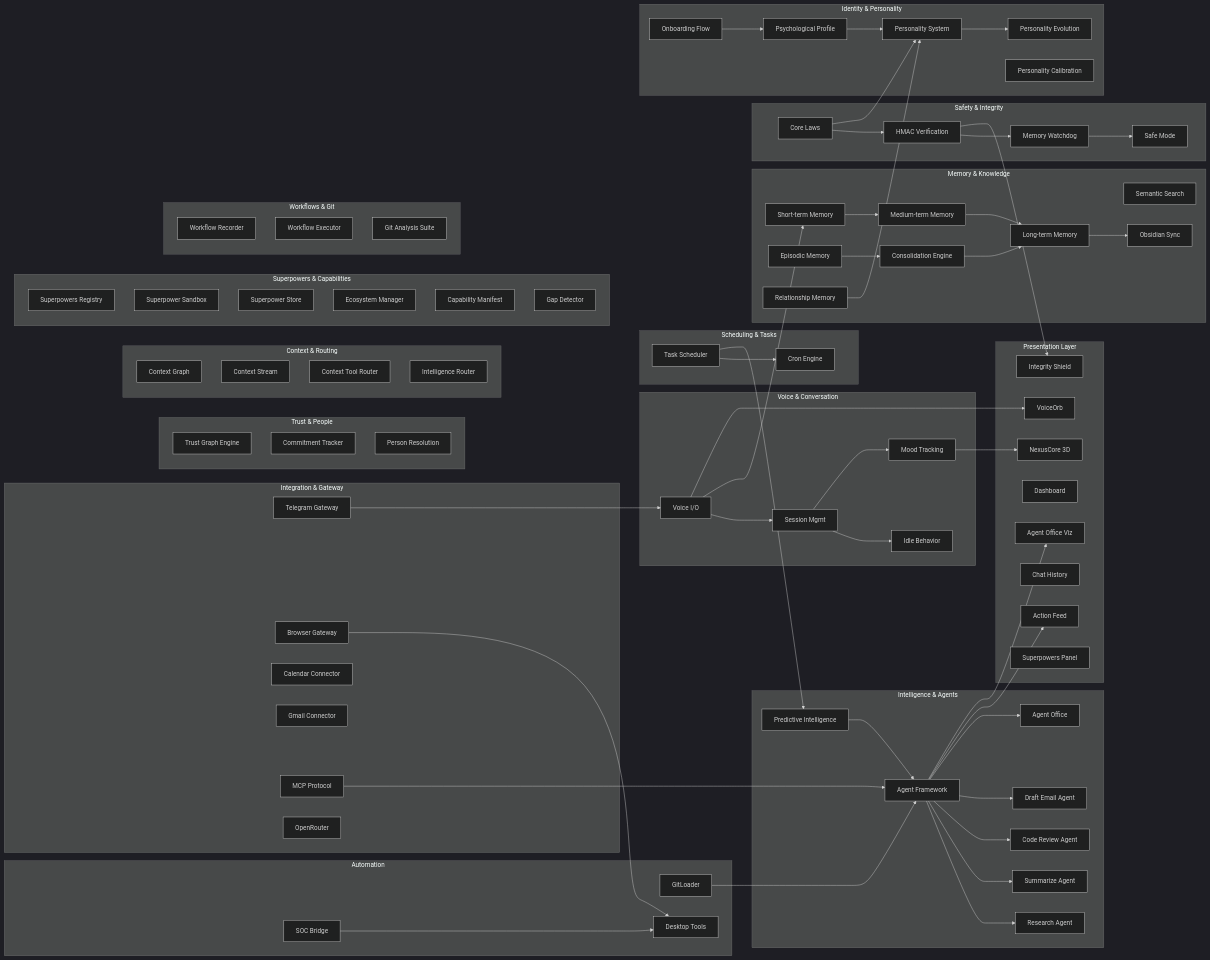
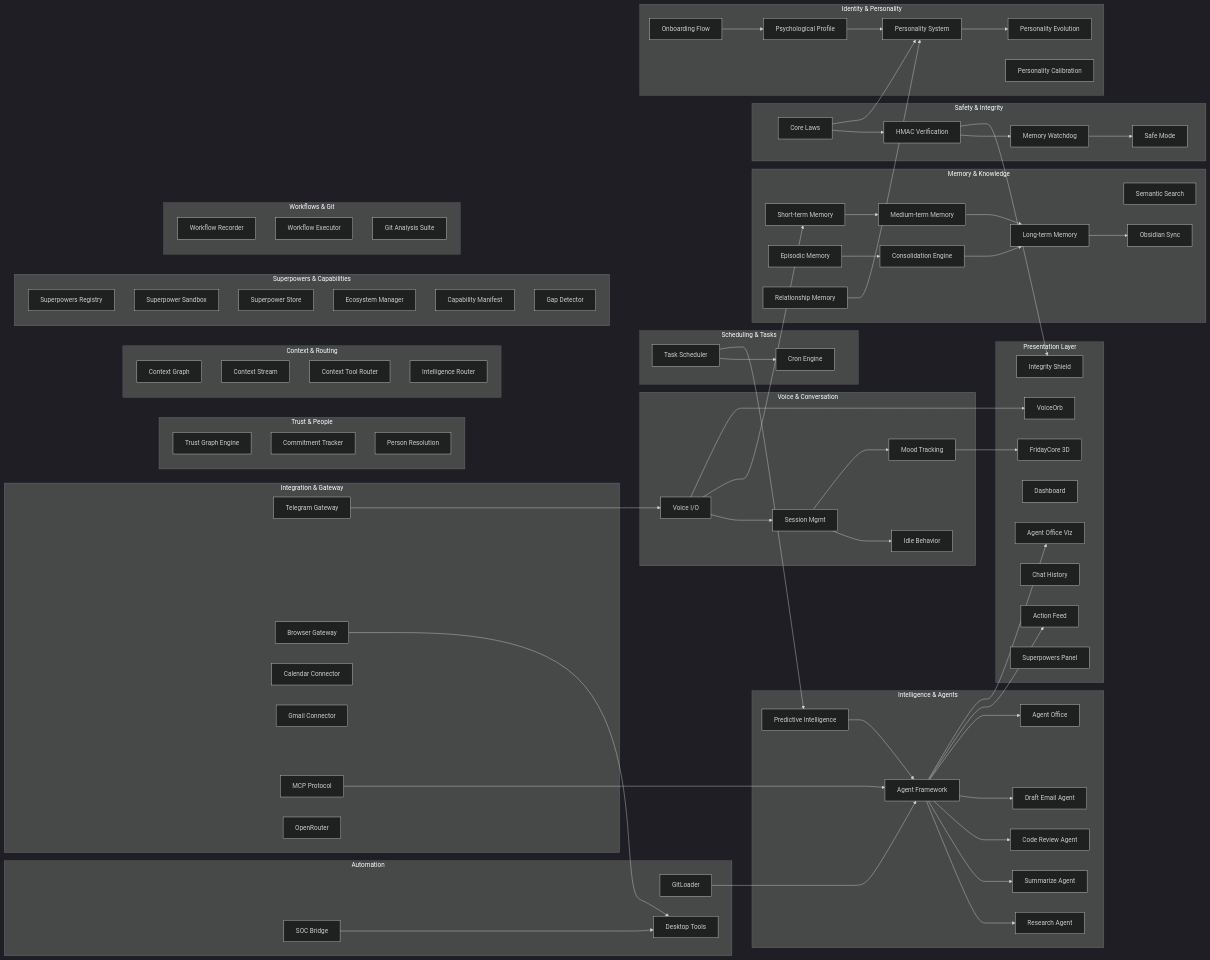
The second of 17 diagrams in ARCHITECTURE.md (FutureSpeakAI/Agent-Friday), drawn with Mermaid (dark theme) before and after one commit. The commit also changed other lines of this file and 58 other files, not shown here.

First line of the commit message:
refactor: complete Eve/Nexus→Friday rename + voice-first defaults

```diff
--- a/ARCHITECTURE.md
+++ b/ARCHITECTURE.md
@@ -217,7 +217,7 @@
     end
 
     subgraph "Presentation Layer"
-        NEXUS[NexusCore 3D]
+        NEXUS[FridayCore 3D]
         ORB[VoiceOrb]
         OFFICE_VIS[Agent Office Viz]
         DASH[Dashboard]
```
